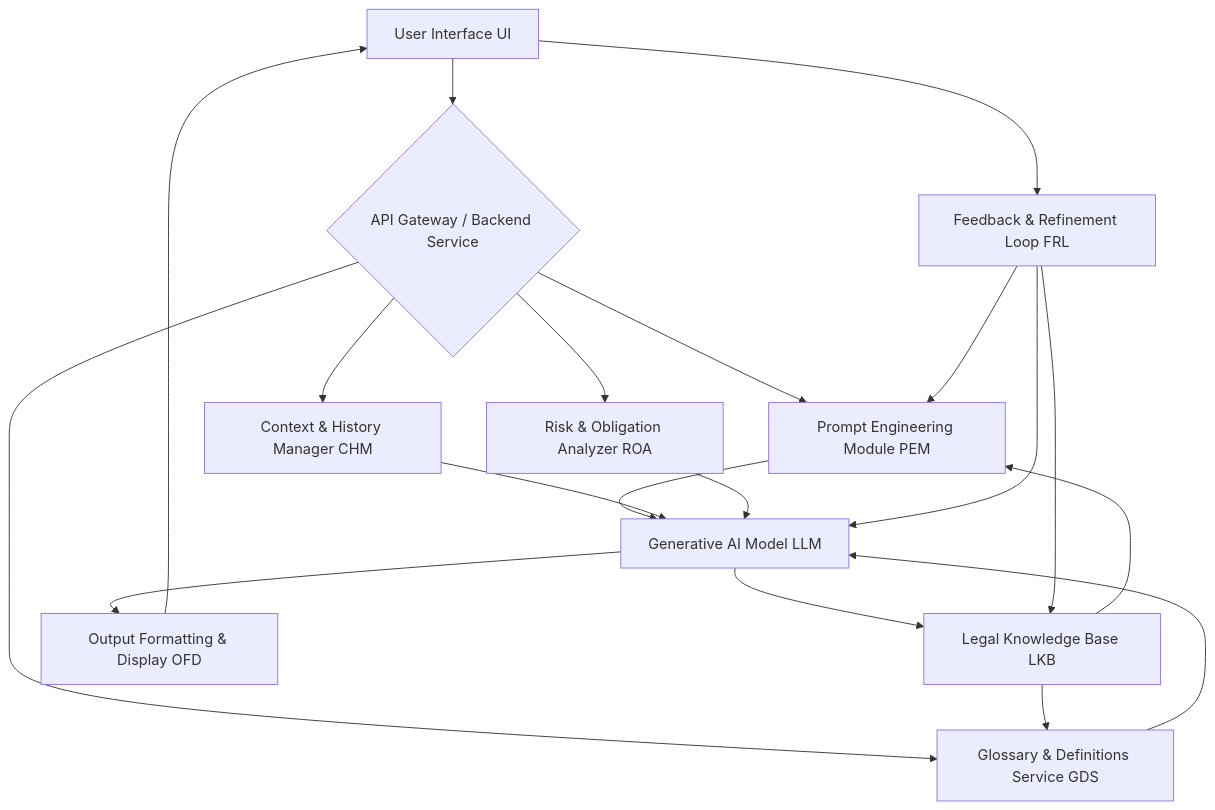
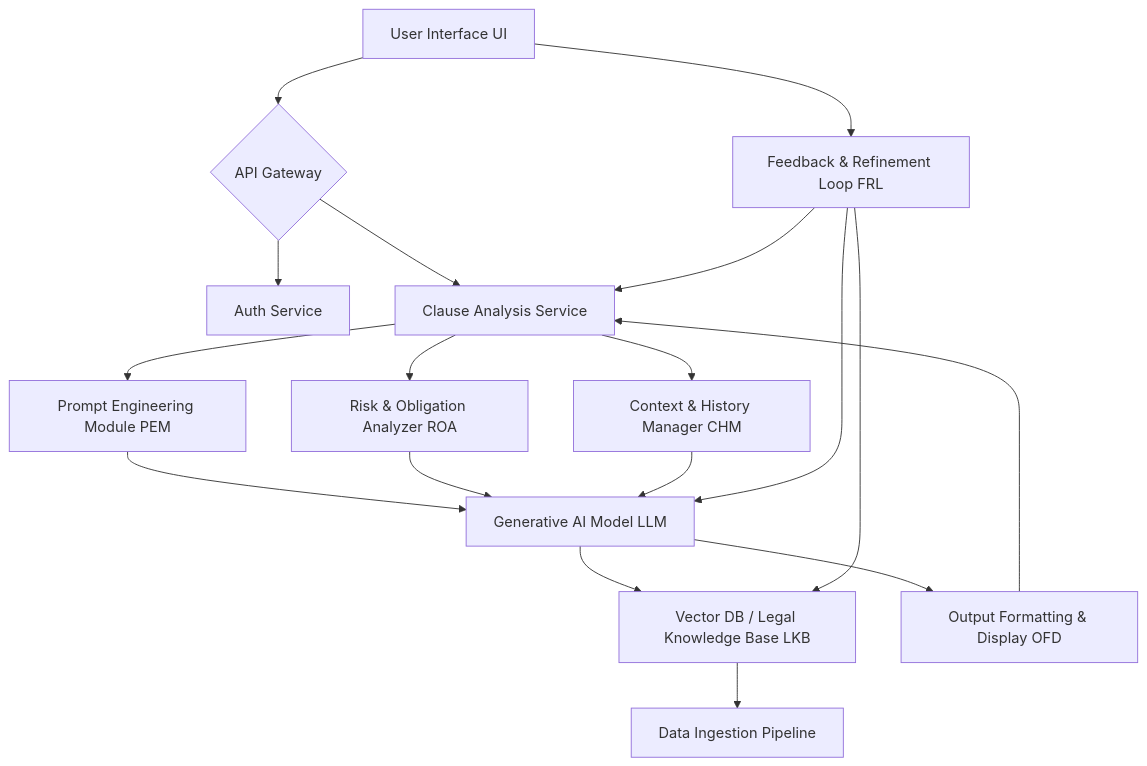
Before and after one commit to diplomat-bit/Citibank_Demo_Business_Inc_Demonstration-: the first of 10 diagrams in inventions/057_ai_legal_clause_explainer.md, drawn with Mermaid. The commit also changed other lines of this file, not shown here.

Commit message:
[AI] Edit: inventions/057_ai_legal_clause_explainer.md

````diff
--- a/inventions/057_ai_legal_clause_explainer.md
+++ b/inventions/057_ai_legal_clause_explainer.md
@@ -72,25 +85,20 @@
 ```mermaid
 graph TD
-    A[User Interface UI] --> B{API Gateway / Backend Service};
-    B --> C[Prompt Engineering Module PEM];
-    B --> D[Context & History Manager CHM];
-    B --> E[Risk & Obligation Analyzer ROA];
-    B --> F[Glossary & Definitions Service GDS];
-
-    C --> G[Generative AI Model LLM];
-    D --> G;
-    E --> G;
-    F --> G;
-
-    G --> I[Legal Knowledge Base LKB];
-    G --> K[Output Formatting & Display OFD];
-
-    I --> C;
-    I --> F;
-
-    K --> A;
+    A[User Interface UI] --> B{API Gateway};
+    B --> C[Auth Service];
+    B --> D[Clause Analysis Service];
+    D --> E[Prompt Engineering Module PEM];
+    D --> F[Risk & Obligation Analyzer ROA];
+    D --> G[Context & History Manager CHM];
+    E --> H[Generative AI Model LLM];
+    F --> H;
+    G --> H;
+    H --> I[Vector DB / Legal Knowledge Base LKB];
+    I --> J[Data Ingestion Pipeline];
+    H --> K[Output Formatting & Display OFD];
+    K --> D;
     A --> L[Feedback & Refinement Loop FRL];
-    L --> C;
-    L --> G;
+    L --> D;
+    L --> H;
     L --> I;
 ```
````
